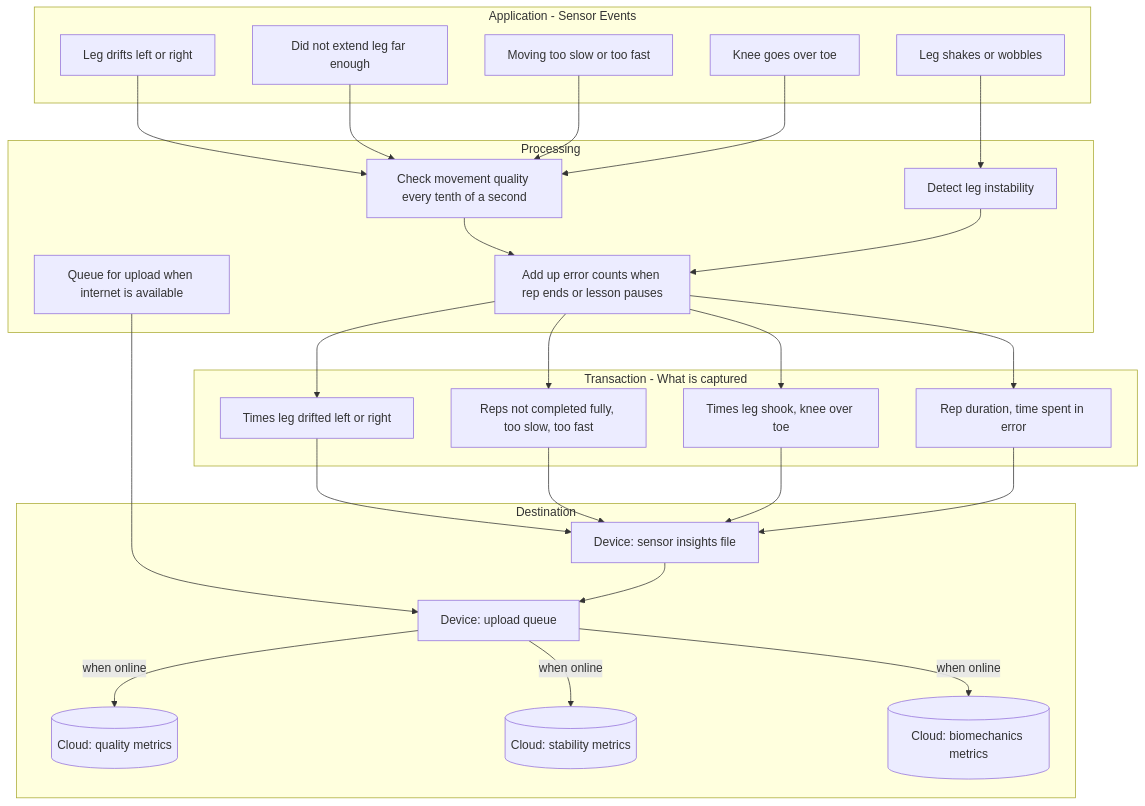
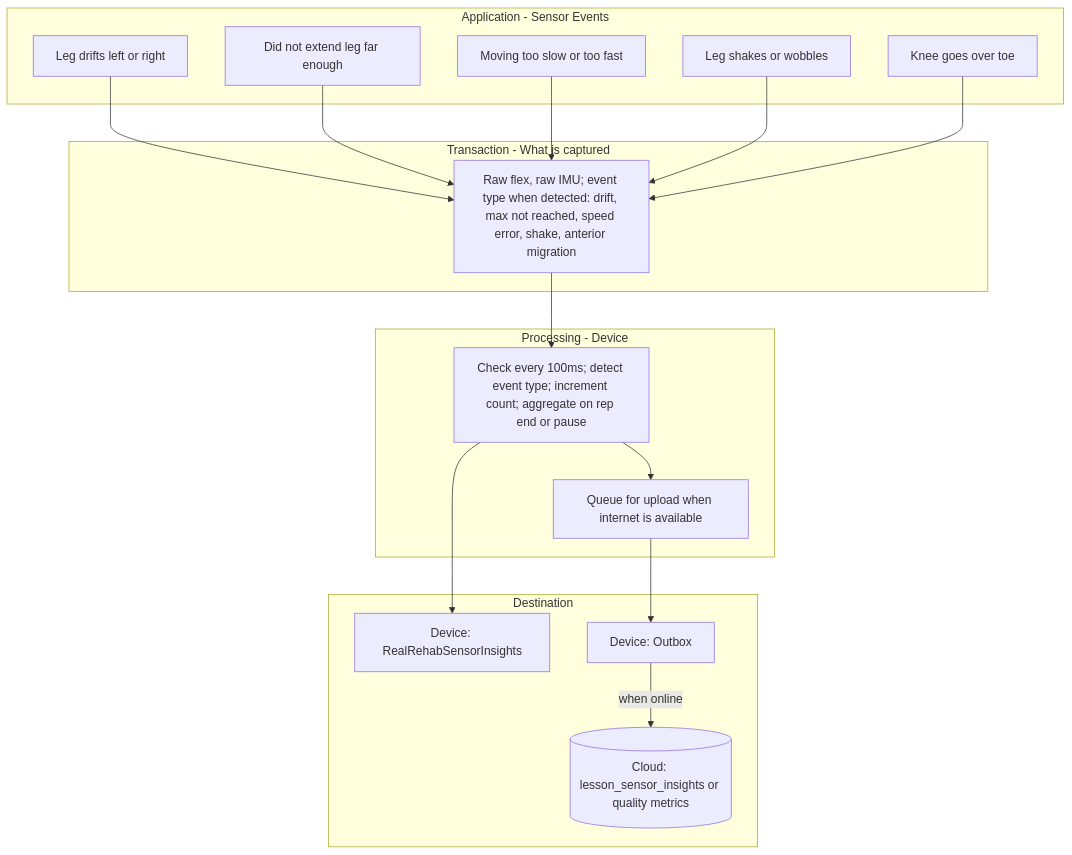
Before and after one commit to seanja5/realrehab-mvp: the eighth of 8 diagrams in docs/DATA_FLOW.md, drawn with Mermaid. The commit also changed other lines of this file, not shown here.

First line of the commit message:
docs: clarify device vs cloud processing in DATA_FLOW module flows

````diff
--- a/docs/DATA_FLOW.md
+++ b/docs/DATA_FLOW.md
@@ -450,53 +480,35 @@
 ```mermaid
 flowchart TB
     subgraph appG [Application - Sensor Events]
         AG1[Leg drifts left or right]
         AG2[Did not extend leg far enough]
         AG3[Moving too slow or too fast]
         AG4[Leg shakes or wobbles]
         AG5[Knee goes over toe]
     end
 
-    subgraph procG [Processing]
-        PG1[Check movement quality every tenth of a second]
-        PG2[Detect leg instability]
-        PG3[Add up error counts when rep ends or lesson pauses]
-        PG4[Queue for upload when internet is available]
+    subgraph txG [Transaction - What is captured]
+        TG1[Raw flex, raw IMU; event type when detected: drift, max not reached, speed error, shake, anterior migration]
     end
 
-    subgraph txG [Transaction - What is captured]
-        TG1[Times leg drifted left or right]
-        TG2[Reps not completed fully, too slow, too fast]
-        TG3[Times leg shook, knee over toe]
-        TG4[Rep duration, time spent in error]
+    subgraph procG [Processing - Device]
+        PG1[Check every 100ms; detect event type; increment count; aggregate on rep end or pause]
+        PG2[Queue for upload when internet is available]
     end
 
     subgraph destG [Destination]
-        DG1[Device: sensor insights file]
-        DG2[Device: upload queue]
-        DG3[(Cloud: quality metrics)]
-        DG4[(Cloud: stability metrics)]
-        DG5[(Cloud: biomechanics metrics)]
+        DG1[Device: RealRehabSensorInsights]
+        DG2[Device: Outbox]
+        DG3[(Cloud: lesson_sensor_insights or quality metrics)]
     end
 
-    AG1 --> PG1
-    AG2 --> PG1
-    AG3 --> PG1
-    AG4 --> PG2
-    AG5 --> PG1
-    PG1 --> PG3
-    PG2 --> PG3
-    PG3 --> TG1
-    PG3 --> TG2
-    PG3 --> TG3
-    PG3 --> TG4
-    TG1 --> DG1
-    TG2 --> DG1
-    TG3 --> DG1
-    TG4 --> DG1
-    PG4 --> DG2
-    DG1 --> DG2
+    AG1 --> TG1
+    AG2 --> TG1
+    AG3 --> TG1
+    AG4 --> TG1
+    AG5 --> TG1
+    TG1 --> PG1
+    PG1 --> DG1
+    PG1 --> PG2 --> DG2
     DG2 -->|when online| DG3
-    DG2 -->|when online| DG4
-    DG2 -->|when online| DG5
 ```
````
